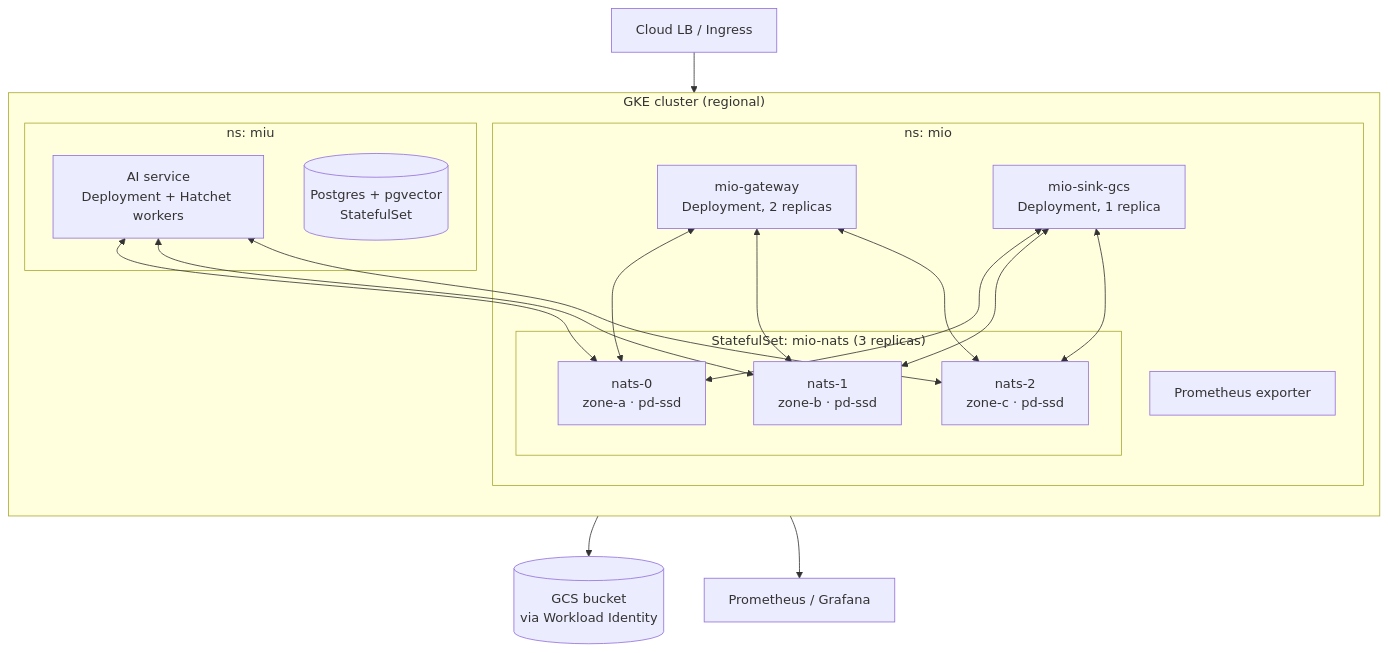
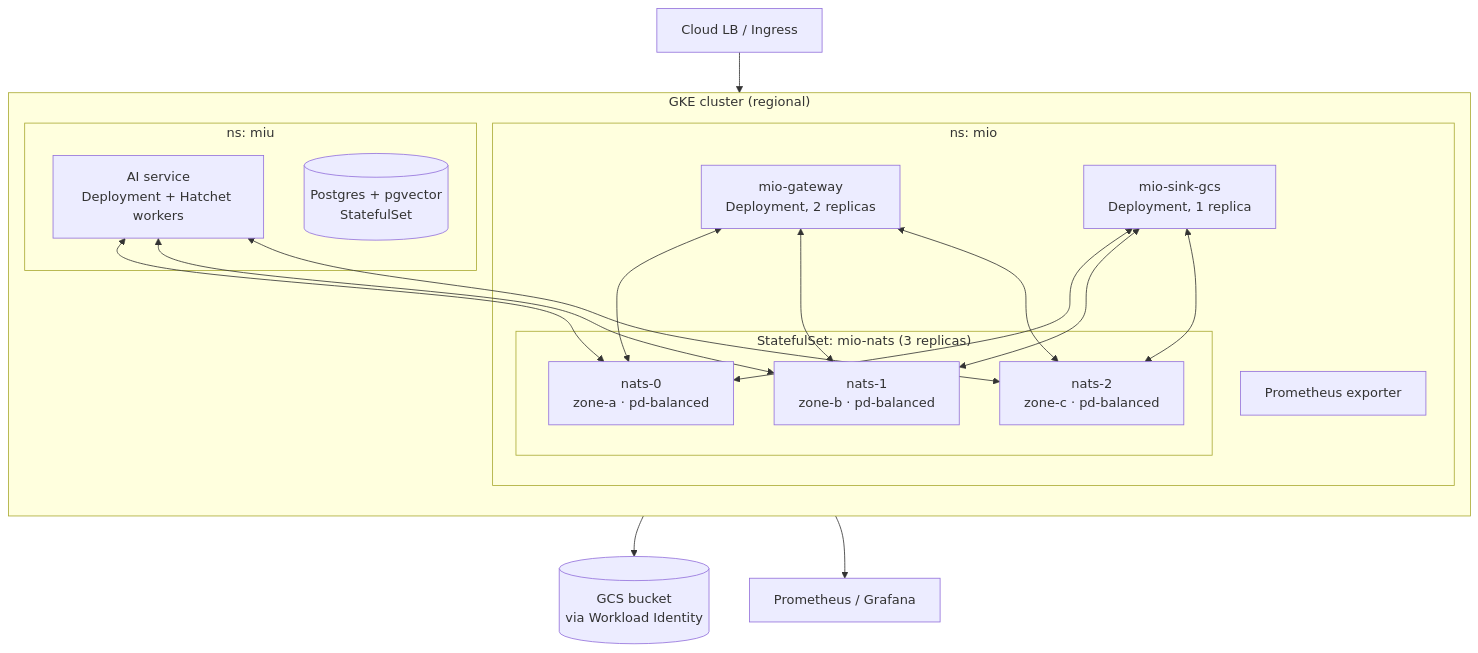
Before and after one commit to vanducng/mio: the fourth of 4 diagrams in docs/system-architecture.md, drawn with Mermaid. The commit also changed other lines of this file and 7 other files, not shown here.

````diff
--- a/docs/system-architecture.md
+++ b/docs/system-architecture.md
@@ -284,27 +291,27 @@
 ```mermaid
 flowchart TB
   subgraph "GKE cluster (regional)"
     direction TB
     subgraph "ns: mio"
       gwd["mio-gateway<br/>Deployment, 2 replicas"]
       sinkd["mio-sink-gcs<br/>Deployment, 1 replica"]
       subgraph "StatefulSet: mio-nats (3 replicas)"
-        n0["nats-0<br/>zone-a · pd-ssd"]
-        n1["nats-1<br/>zone-b · pd-ssd"]
-        n2["nats-2<br/>zone-c · pd-ssd"]
+        n0["nats-0<br/>zone-a · pd-balanced"]
+        n1["nats-1<br/>zone-b · pd-balanced"]
+        n2["nats-2<br/>zone-c · pd-balanced"]
       end
       promex[Prometheus exporter]
     end
     subgraph "ns: miu"
       aid["AI service<br/>Deployment + Hatchet workers"]
       pgd[(Postgres + pgvector<br/>StatefulSet)]
     end
   end
 
   ing["Cloud LB / Ingress"] --> gwd
   gwd <--> n0 & n1 & n2
   aid <--> n0 & n1 & n2
   sinkd <--> n0 & n1 & n2
   sinkd --> gcs[(GCS bucket<br/>via Workload Identity)]
   promex --> mon["Prometheus / Grafana"]
 ```
````
